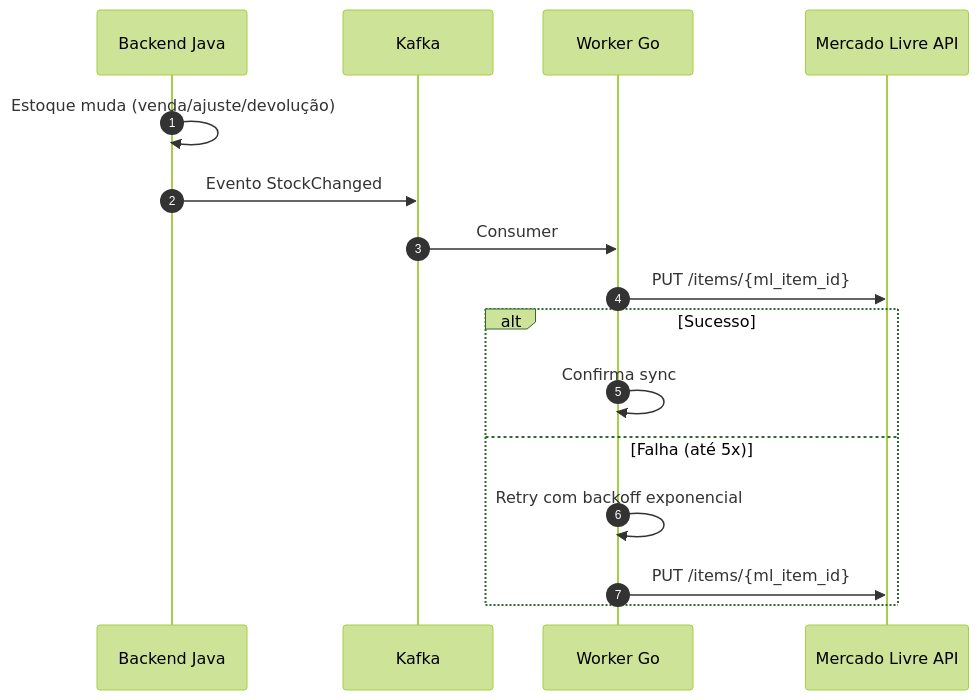
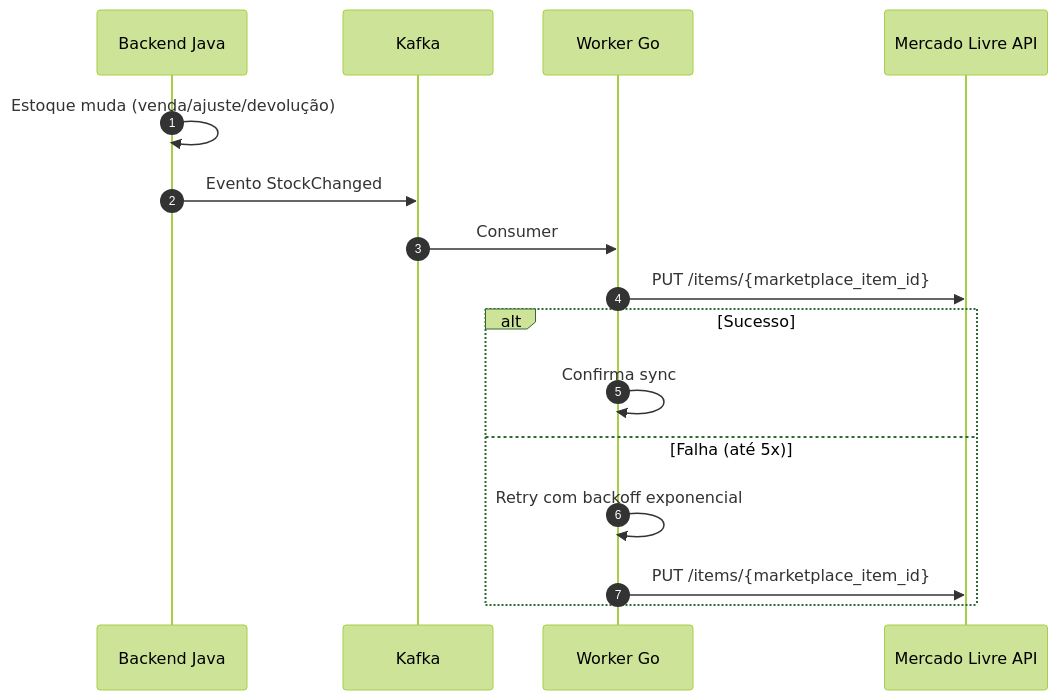
One commit to jhowzin-dev/ERP changed diagram 11 of 22 in README.md. Above: the diagram before and after it, drawn with Mermaid (forest theme). The commit also changed other lines of this file and 1 other file, not shown here.

````diff
--- a/README.md
+++ b/README.md
@@ -642,19 +733,19 @@
 ```mermaid
 sequenceDiagram
     autonumber
     participant BE as Backend Java
     participant K as Kafka
     participant W as Worker Go
     participant ML as Mercado Livre API
 
     BE->>BE: Estoque muda (venda/ajuste/devolução)
     BE->>K: Evento StockChanged
     K->>W: Consumer
-    W->>ML: PUT /items/{ml_item_id}
+    W->>ML: PUT /items/{marketplace_item_id}
     alt Sucesso
         W->>W: Confirma sync
     else Falha (até 5x)
         W->>W: Retry com backoff exponencial
-        W->>ML: PUT /items/{ml_item_id}
+        W->>ML: PUT /items/{marketplace_item_id}
     end
 ```
````
